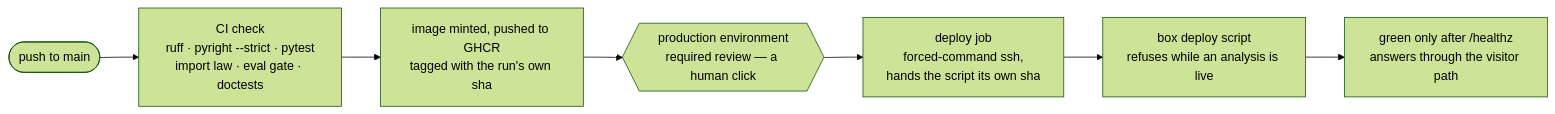
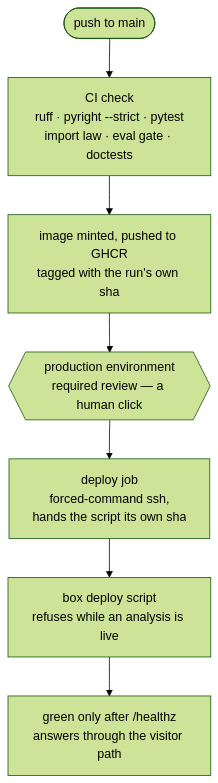
One commit to arda-basarici/steam-lens changed the second of 4 diagrams in ARCHITECTURE.md. Above: the diagram before and after it, drawn with Mermaid (forest theme). The commit also changed other lines of this file, not shown here.

Commit message:
diagram polish

````diff
--- a/ARCHITECTURE.md
+++ b/ARCHITECTURE.md
@@ -83,18 +83,18 @@
 ```mermaid
 %%{init: {"flowchart": {"diagramPadding": 150}}}%%
-flowchart LR
+flowchart TD
     PUSH([push to main]) --> CHECK["`CI check
     ruff · pyright --strict · pytest
     import law · eval gate · doctests`"]
     CHECK --> IMG["`image minted, pushed to GHCR
     tagged with the run's own sha`"]
     IMG --> GATE{{"`production environment
     required review — a human click`"}}
     GATE --> DEPLOY["`deploy job
     forced-command ssh,
     hands the script its own sha`"]
     DEPLOY --> SCRIPT["`box deploy script
     refuses while an analysis is live`"]
     SCRIPT --> HEALTH["`green only after /healthz
     answers through the visitor path`"]
 ```
````
